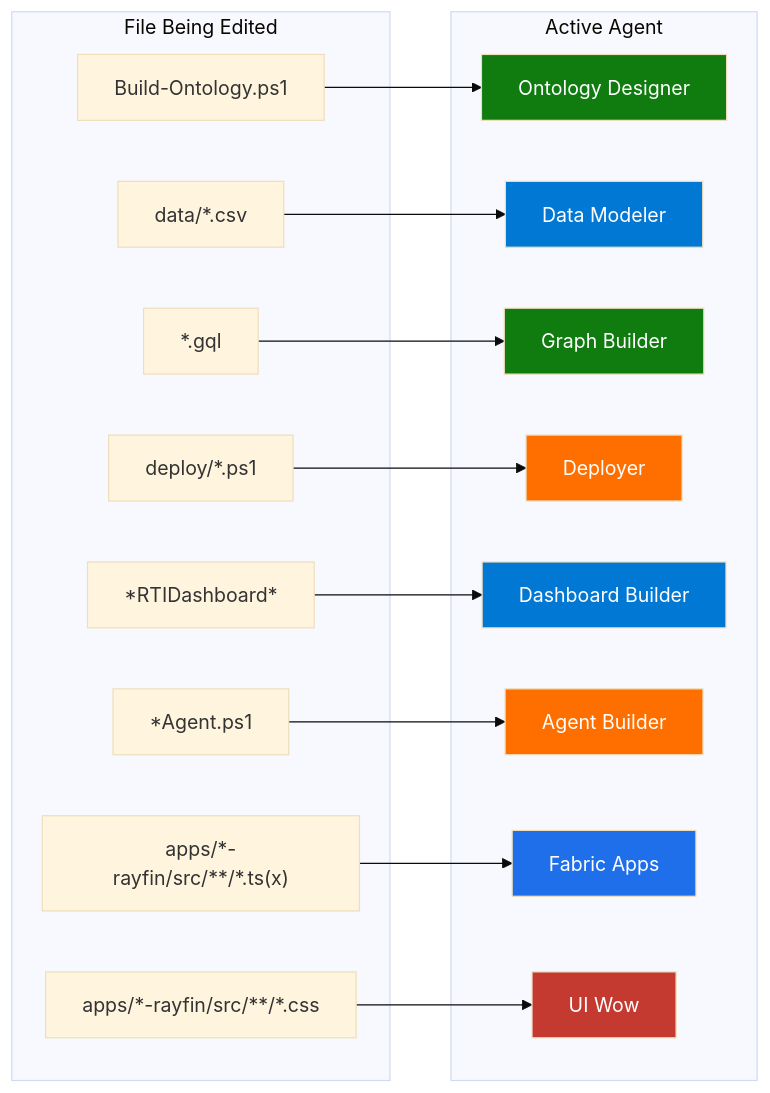
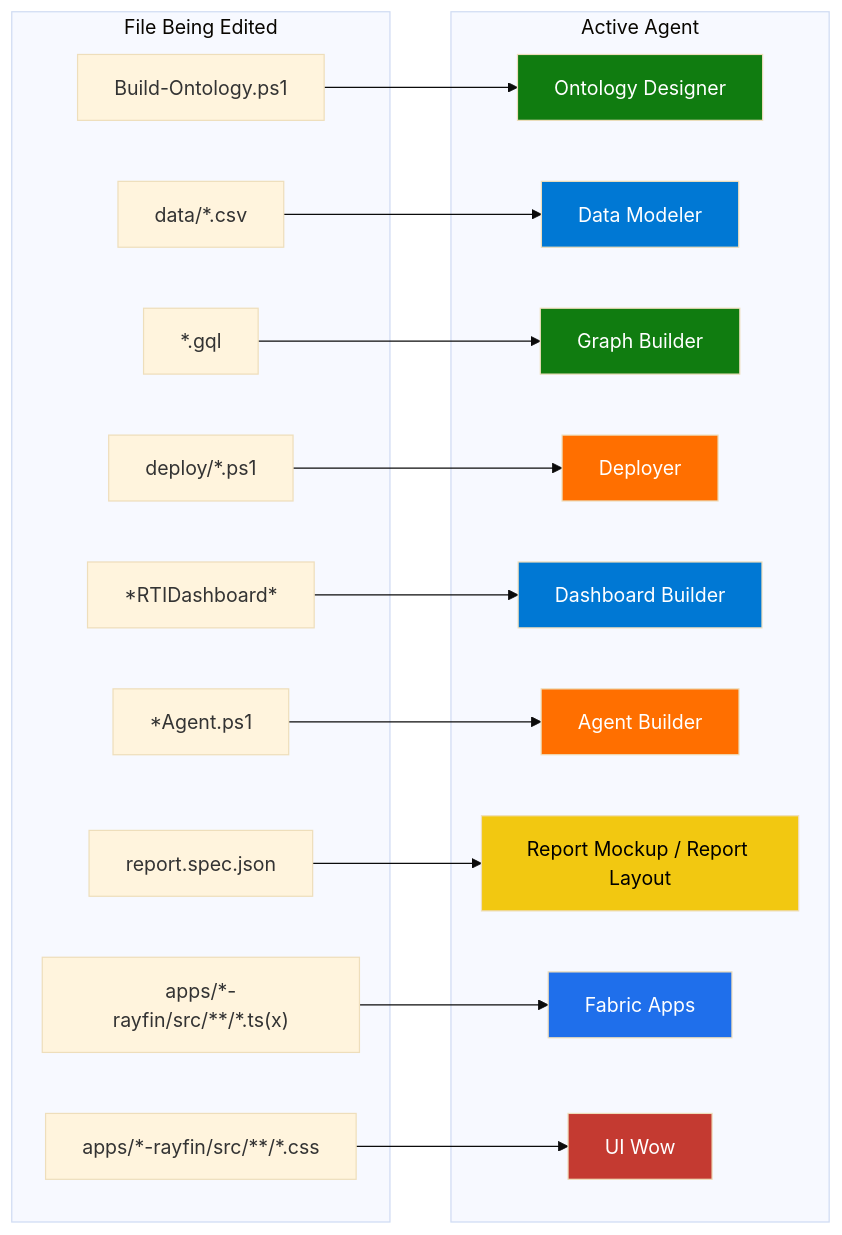
The second of 3 diagrams in AGENTS.md (cyphou/Ontology-RTI), drawn with Mermaid (base theme) before and after one commit. The commit also changed other lines of this file and 8 other files, not shown here.

````diff
--- a/AGENTS.md
+++ b/AGENTS.md
@@ -92,42 +101,46 @@
 ```mermaid
 flowchart LR
     subgraph Files["File Being Edited"]
         F1["Build-Ontology.ps1"]
         F2["data/*.csv"]
         F3["*.gql"]
         F4["deploy/*.ps1"]
         F5["*RTIDashboard*"]
         F6["*Agent.ps1"]
-        F7["apps/*-rayfin/src/**/*.ts(x)"]
-        F8["apps/*-rayfin/src/**/*.css"]
+        F7["report.spec.json"]
+        F8["apps/*-rayfin/src/**/*.ts(x)"]
+        F9["apps/*-rayfin/src/**/*.css"]
     end
 
     subgraph Agents["Active Agent"]
         A1["Ontology Designer"]
         A2["Data Modeler"]
         A3["Graph Builder"]
         A4["Deployer"]
         A5["Dashboard Builder"]
         A6["Agent Builder"]
-        A7["Fabric Apps"]
-        A8["UI Wow"]
+        A7["Report Mockup / Report Layout"]
+        A8["Fabric Apps"]
+        A9["UI Wow"]
     end
 
     F1 --> A1
     F2 --> A2
     F3 --> A3
     F4 --> A4
     F5 --> A5
     F6 --> A6
     F7 --> A7
     F8 --> A8
+    F9 --> A9
 
     style A1 fill:#107C10,color:#fff
     style A2 fill:#0078D4,color:#fff
     style A3 fill:#107C10,color:#fff
     style A4 fill:#FF6F00,color:#fff
     style A5 fill:#0078D4,color:#fff
     style A6 fill:#FF6F00,color:#fff
-    style A7 fill:#1f6feb,color:#fff
-    style A8 fill:#C43A31,color:#fff
+    style A7 fill:#F2C811,color:#000
+    style A8 fill:#1f6feb,color:#fff
+    style A9 fill:#C43A31,color:#fff
 ```
````
